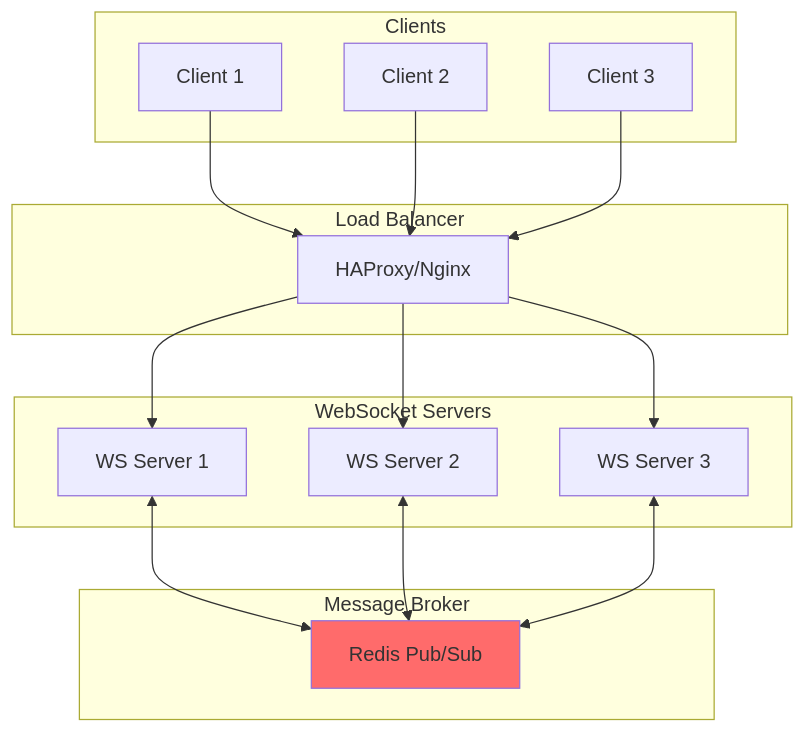
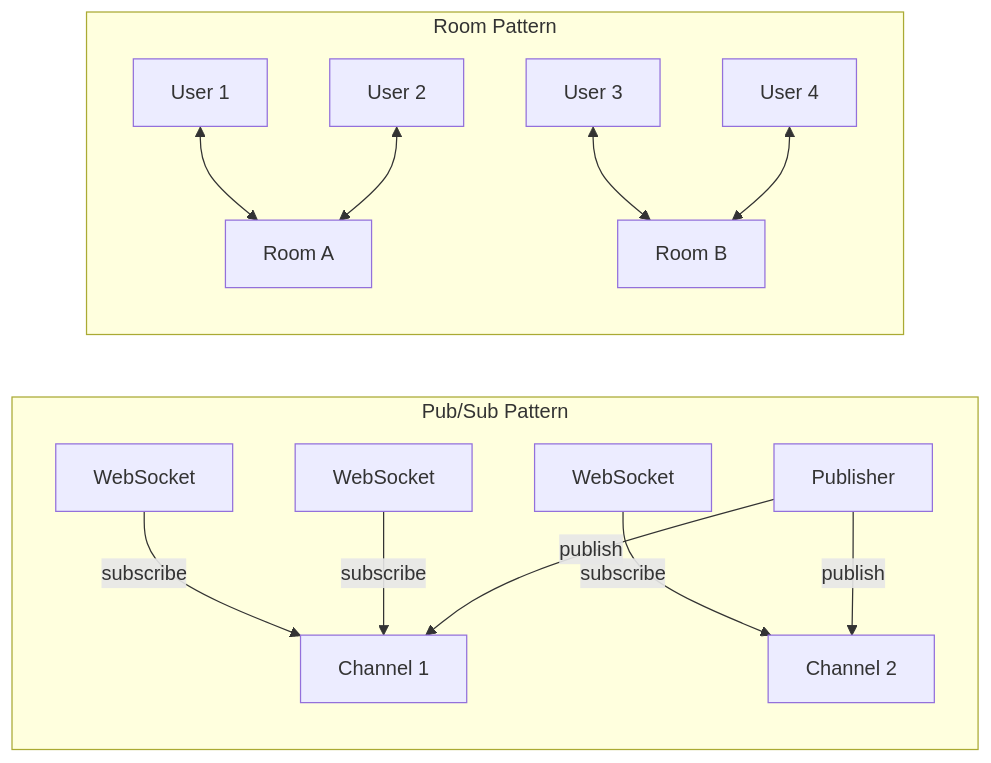
Before and after one commit to deepaucksharma/DStudio: the third of 3 diagrams in docs/pattern-library/communication/websocket.md, drawn with Mermaid. The commit also changed other lines of this file and 64 other files, not shown here.

````diff
--- a/docs/pattern-library/communication/websocket.md
+++ b/docs/pattern-library/communication/websocket.md
@@ -267,36 +195,18 @@
 ```mermaid
-graph TB
- subgraph "Load Balancer"
- LB[HAProxy/Nginx]
- end
- 
- subgraph "WebSocket Servers"
- WS1[WS Server 1]
- WS2[WS Server 2]
- WS3[WS Server 3]
- end
- 
- subgraph "Message Broker"
- Redis[Redis Pub/Sub]
- end
- 
- subgraph "Clients"
- C1[Client 1]
- C2[Client 2]
- C3[Client 3]
- end
- 
- C1 --> LB
- C2 --> LB
- C3 --> LB
- 
- LB --> WS1
- LB --> WS2
- LB --> WS3
- 
- WS1 <--> Redis
- WS2 <--> Redis
- WS3 <--> Redis
- 
- style Redis fill:#FF6B6B
+graph LR
+    subgraph "Pub/Sub Pattern"
+        WS1[WebSocket] -->|subscribe| CH1[Channel 1]
+        WS2[WebSocket] -->|subscribe| CH1
+        WS3[WebSocket] -->|subscribe| CH2[Channel 2]
+        
+        PUB[Publisher] -->|publish| CH1
+        PUB -->|publish| CH2
+    end
+    
+    subgraph "Room Pattern"
+        U1[User 1] <--> R1[Room A]
+        U2[User 2] <--> R1
+        U3[User 3] <--> R2[Room B]
+        U4[User 4] <--> R2
+    end
 ```
````
